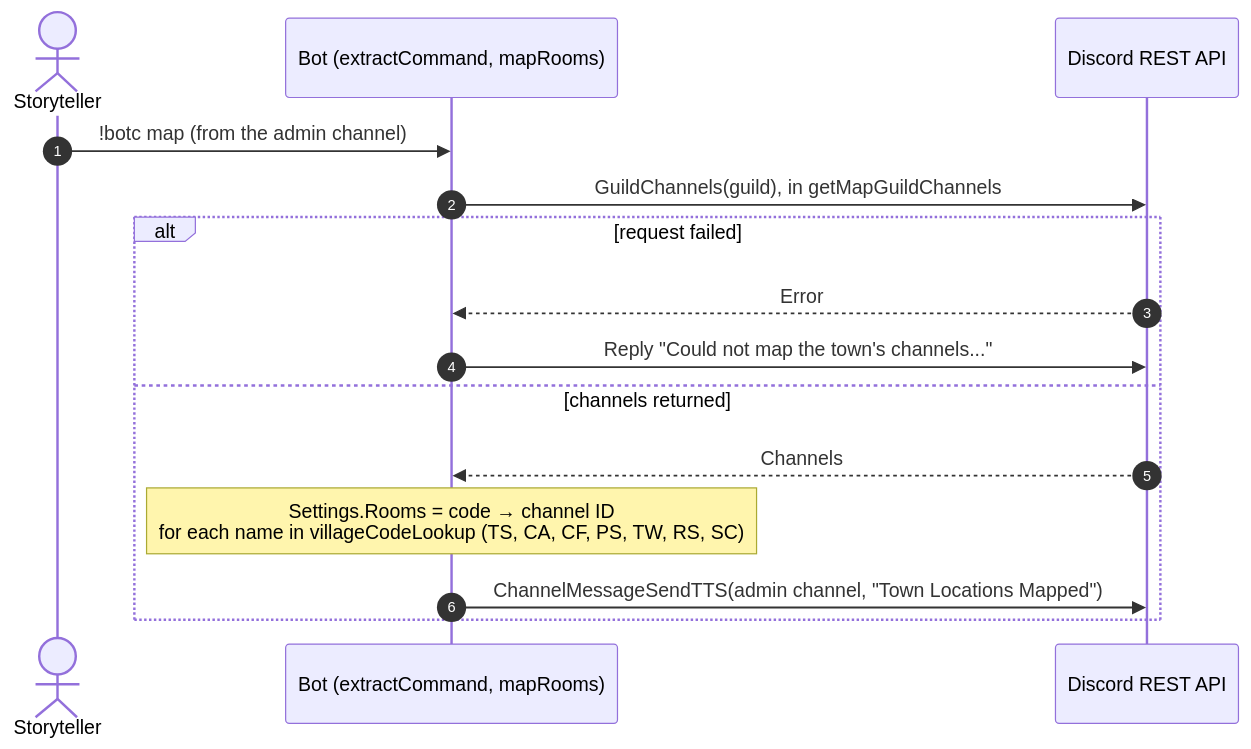
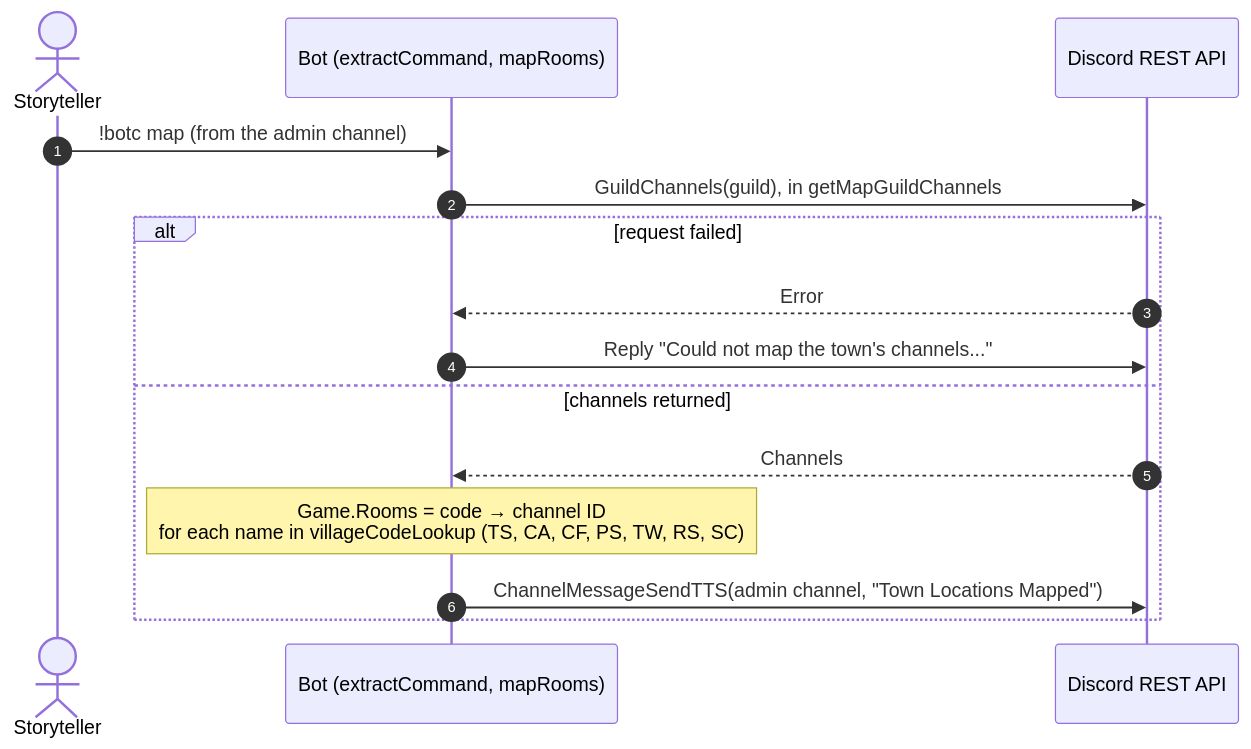
Before and after one commit to RAGNOARAKNOS/BotOnTheClocktower: the fifth of 6 diagrams in docs/uml/game-lifecycle.md, drawn with Mermaid. The commit also changed other lines of this file and 13 other files, not shown here.

````diff
--- a/docs/uml/game-lifecycle.md
+++ b/docs/uml/game-lifecycle.md
@@ -126,18 +126,18 @@
 ```mermaid
 sequenceDiagram
     autonumber
     actor ST as Storyteller
     participant Bot as Bot (extractCommand, mapRooms)
     participant REST as Discord REST API
 
     ST->>Bot: !botc map (from the admin channel)
     Bot->>REST: GuildChannels(guild), in getMapGuildChannels
     alt request failed
         REST-->>Bot: Error
         Bot->>REST: Reply "Could not map the town's channels..."
     else channels returned
         REST-->>Bot: Channels
-        Note over Bot: Settings.Rooms = code → channel ID<br/>for each name in villageCodeLookup (TS, CA, CF, PS, TW, RS, SC)
+        Note over Bot: Game.Rooms = code → channel ID<br/>for each name in villageCodeLookup (TS, CA, CF, PS, TW, RS, SC)
         Bot->>REST: ChannelMessageSendTTS(admin channel, "Town Locations Mapped")
     end
 ```
````
